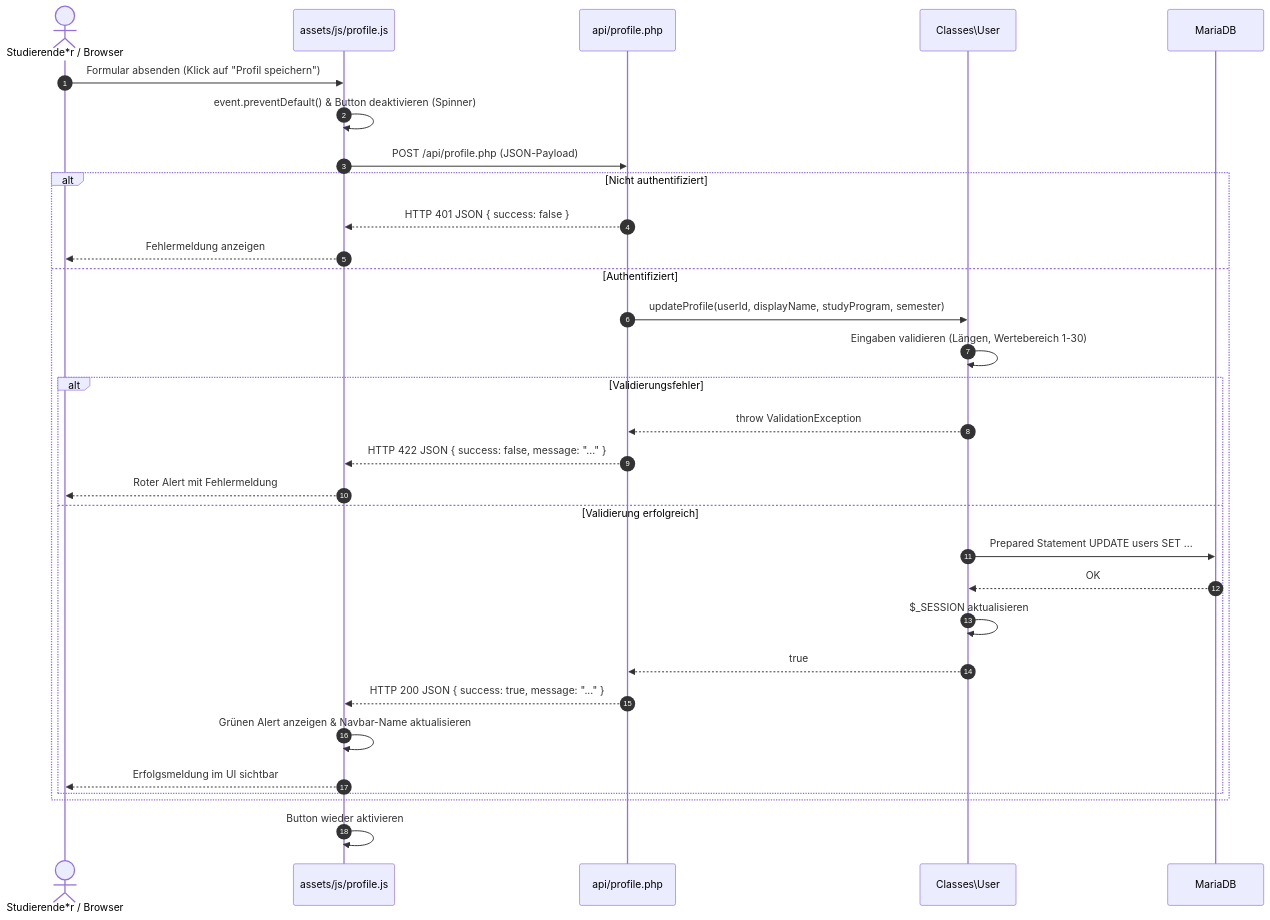
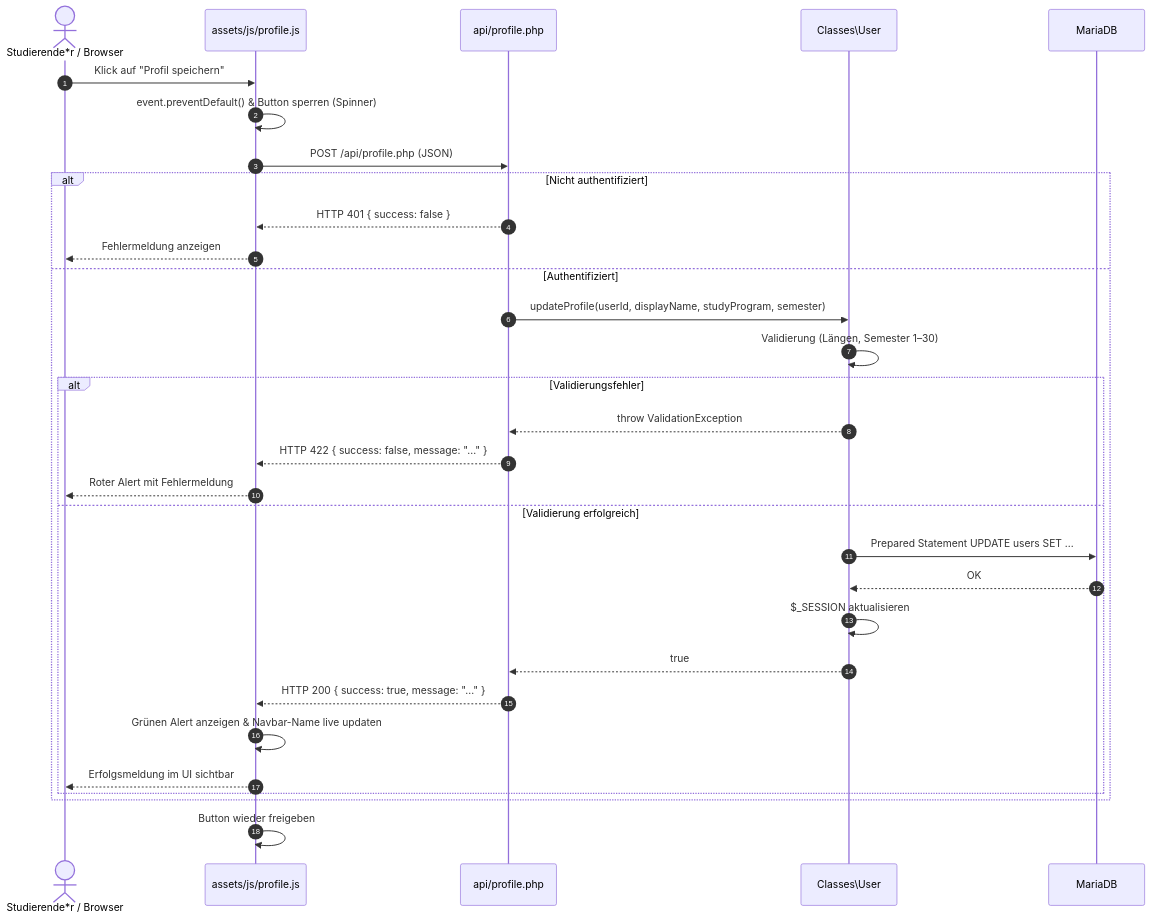
One commit to Fritz-IU/ISEF01-Lernzeit-Manager changed the diagram in docs/profilverwaltung.md. Above: the diagram before and after it, drawn with Mermaid. The commit also changed other lines of this file and 1 other file, not shown here.

````diff
--- a/docs/profilverwaltung.md
+++ b/docs/profilverwaltung.md
@@ -79,36 +77,36 @@
 ```mermaid
 sequenceDiagram
     autonumber
     actor Nutzer as Studierende*r / Browser
     participant JS as assets/js/profile.js
     participant API as api/profile.php
     participant UserClass as Classes\User
     participant DB as MariaDB
 
-    Nutzer->>JS: Formular absenden (Klick auf "Profil speichern")
-    JS->>JS: event.preventDefault() & Button deaktivieren (Spinner)
-    JS->>API: POST /api/profile.php (JSON-Payload)
+    Nutzer->>JS: Klick auf "Profil speichern"
+    JS->>JS: event.preventDefault() & Button sperren (Spinner)
+    JS->>API: POST /api/profile.php (JSON)
     
     alt Nicht authentifiziert
-        API-->>JS: HTTP 401 JSON { success: false }
+        API-->>JS: HTTP 401 { success: false }
         JS-->>Nutzer: Fehlermeldung anzeigen
     else Authentifiziert
         API->>UserClass: updateProfile(userId, displayName, studyProgram, semester)
-        UserClass->>UserClass: Eingaben validieren (Längen, Wertebereich 1-30)
+        UserClass->>UserClass: Validierung (Längen, Semester 1–30)
         
         alt Validierungsfehler
             UserClass-->>API: throw ValidationException
-            API-->>JS: HTTP 422 JSON { success: false, message: "..." }
+            API-->>JS: HTTP 422 { success: false, message: "..." }
             JS-->>Nutzer: Roter Alert mit Fehlermeldung
         else Validierung erfolgreich
             UserClass->>DB: Prepared Statement UPDATE users SET ...
             DB-->>UserClass: OK
             UserClass->>UserClass: $_SESSION aktualisieren
             UserClass-->>API: true
-            API-->>JS: HTTP 200 JSON { success: true, message: "..." }
-            JS->>JS: Grünen Alert anzeigen & Navbar-Name aktualisieren
+            API-->>JS: HTTP 200 { success: true, message: "..." }
+            JS->>JS: Grünen Alert anzeigen & Navbar-Name live updaten
             JS-->>Nutzer: Erfolgsmeldung im UI sichtbar
         end
     end
-    JS->>JS: Button wieder aktivieren
+    JS->>JS: Button wieder freigeben
 ```
````
